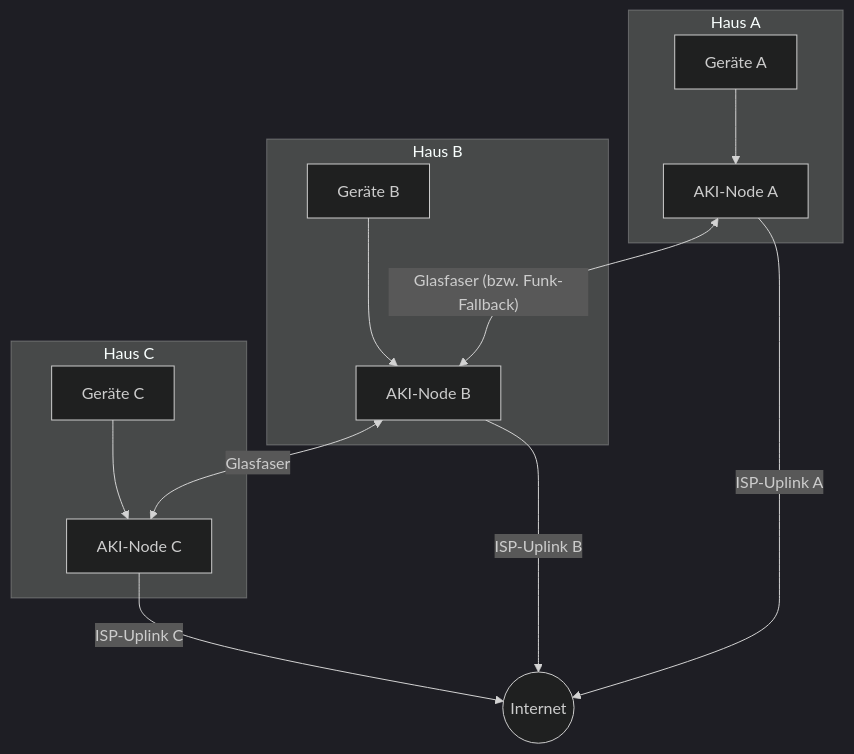
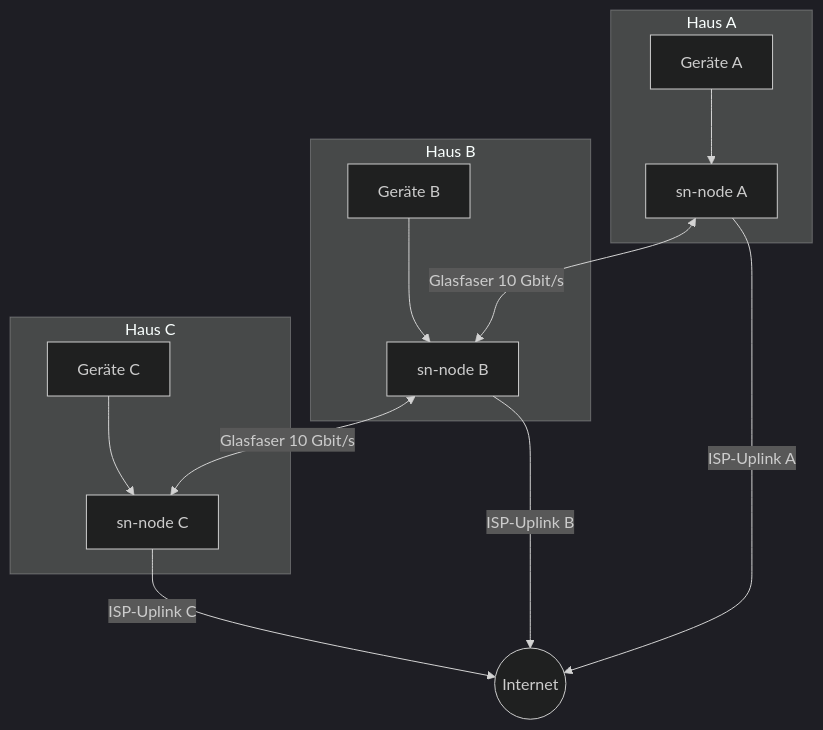
The first of 2 diagrams in documentation/ideen/architektur.md (Dieter-Unterstrich/SpiderNet), drawn with Mermaid (dark theme) before and after one commit. The commit also changed other lines of this file and 10 other files, not shown here.

````diff
--- a/documentation/ideen/architektur.md
+++ b/documentation/ideen/architektur.md
@@ -8,17 +9,17 @@
 ```mermaid
 flowchart TD
     subgraph HausA[Haus A]
-        GA[Geräte A] --> NA[AKI-Node A]
+        GA[Geräte A] --> NA[sn-node A]
     end
     subgraph HausB[Haus B]
-        GB[Geräte B] --> NB[AKI-Node B]
+        GB[Geräte B] --> NB[sn-node B]
     end
     subgraph HausC[Haus C]
-        GC[Geräte C] --> NC[AKI-Node C]
+        GC[Geräte C] --> NC[sn-node C]
     end
-    NA <-->|"Glasfaser (bzw. Funk-Fallback)"| NB
-    NB <-->|"Glasfaser"| NC
+    NA <-->|"Glasfaser 10 Gbit/s"| NB
+    NB <-->|"Glasfaser 10 Gbit/s"| NC
     NA -->|"ISP-Uplink A"| WA((Internet))
     NB -->|"ISP-Uplink B"| WA
     NC -->|"ISP-Uplink C"| WA
 ```
````
